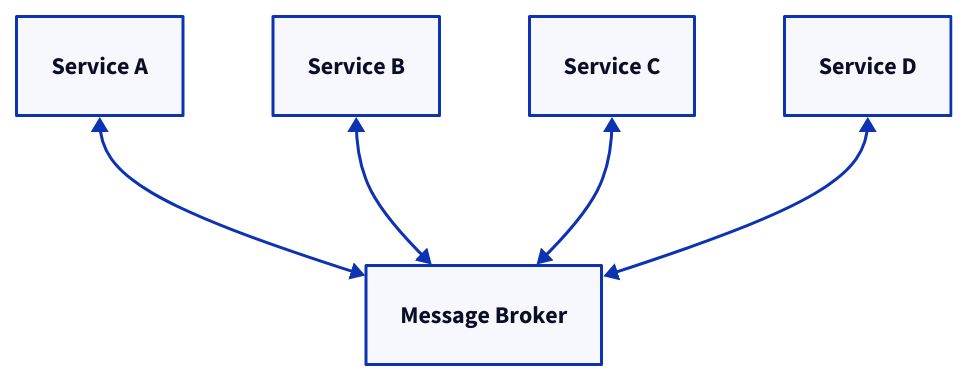
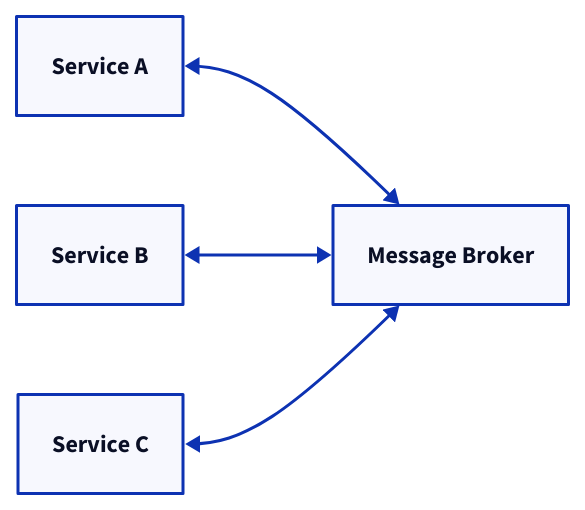
Before and after one commit to link1905/system-design-101: diagram 12 of 14 in content/web-service/service-cluster.md, drawn with D2. The commit also changed other lines of this file and 13 other files, not shown here.

````diff
--- a/content/web-service/service-cluster.md
+++ b/content/web-service/service-cluster.md
@@ -351,22 +360,18 @@
 ```d2
-direction: down
+direction: right
 m: Message Broker {
    class: mq
 }
 a: Service A {
    class: server
 }
 b: Service B {
    class: server
 }
 c: Service C {
    class: server
 }
-d: Service D {
-   class: server
-}
 a <-> m
 b <-> m
 c <-> m
-d <-> m
 ```
````
